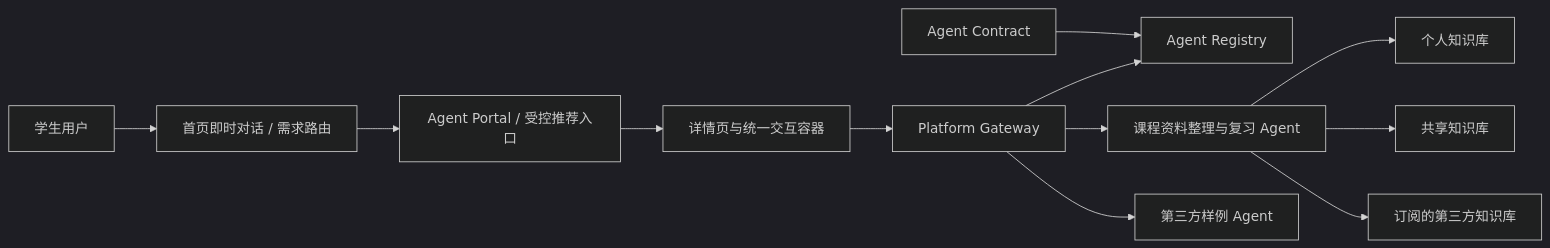
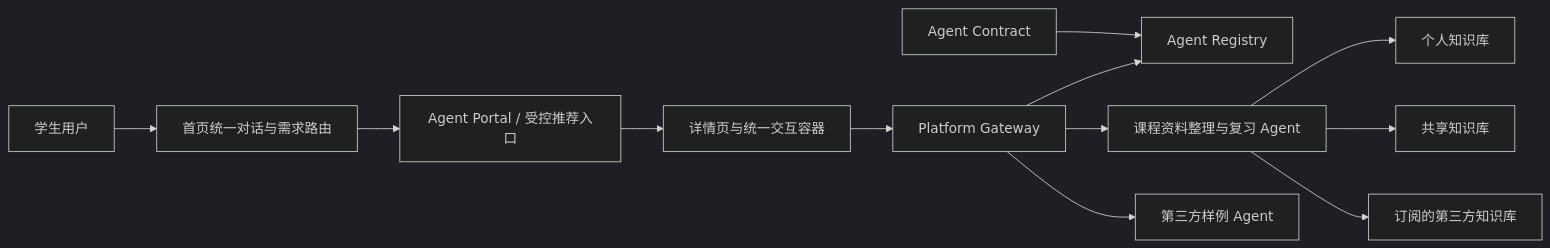
The diagram in README.md (xytsakura/ai-for-better-life-in-ustc), drawn with Mermaid (dark theme) before and after one commit. The commit also changed other lines of this file and 11 other files, not shown here.

````diff
--- a/README.md
+++ b/README.md
@@ -35,14 +35,14 @@
 ```mermaid
 flowchart LR
-    U["学生用户"] --> H["首页即时对话 / 需求路由"]
+    U["学生用户"] --> H["首页统一对话与需求路由"]
     H --> P["Agent Portal / 受控推荐入口"]
     P --> UI["详情页与统一交互容器"]
     UI --> G["Platform Gateway"]
     G --> R["Agent Registry"]
     G --> A1["课程资料整理与复习 Agent"]
     G --> A2["第三方样例 Agent"]
     A1 --> K1["个人知识库"]
     A1 --> K2["共享知识库"]
     A1 --> K3["订阅的第三方知识库"]
     C["Agent Contract"] --> R
 ```
````
